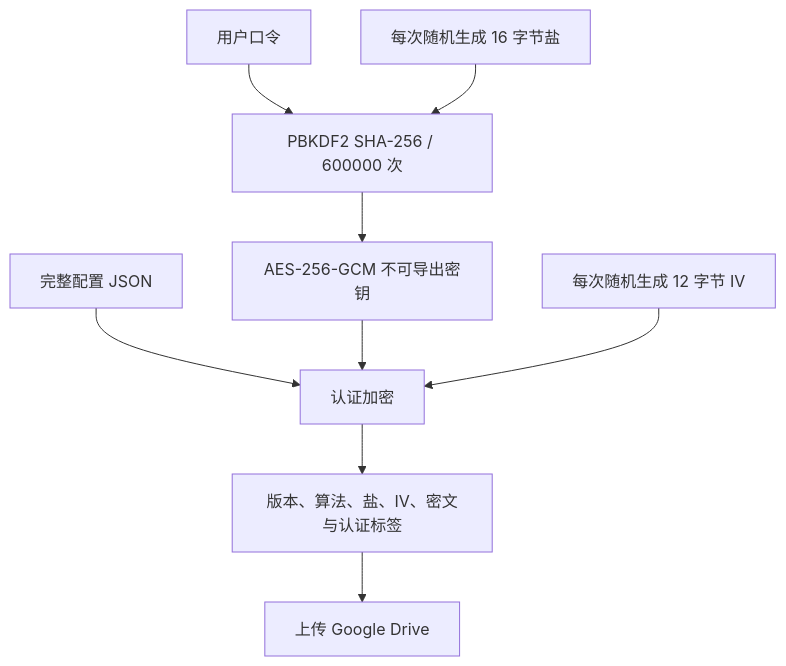
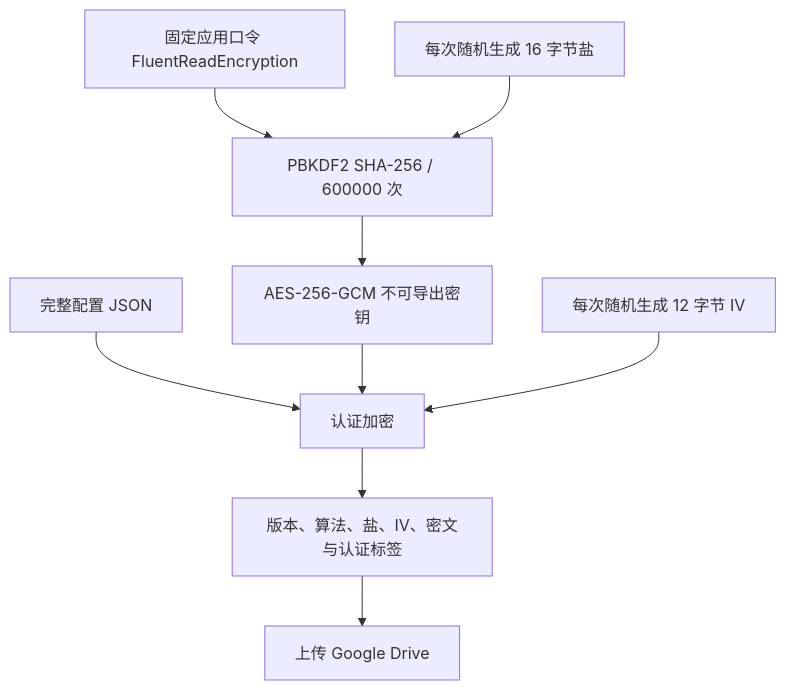
The third of 4 diagrams in docs/maintainers/google-drive-sync-guide.md (ArietidsZ/FluentRead), drawn with Mermaid before and after one commit. The commit also changed other lines of this file and 17 other files, not shown here.

````diff
--- a/docs/maintainers/google-drive-sync-guide.md
+++ b/docs/maintainers/google-drive-sync-guide.md
@@ -89,11 +90,11 @@
 ```mermaid
 flowchart TD
-    P[用户口令] --> K[PBKDF2 SHA-256 / 600000 次]
+    P[固定应用口令 FluentReadEncryption] --> K[PBKDF2 SHA-256 / 600000 次]
     S[每次随机生成 16 字节盐] --> K
     K --> A[AES-256-GCM 不可导出密钥]
     C[完整配置 JSON] --> E[认证加密]
     A --> E
     I[每次随机生成 12 字节 IV] --> E
     E --> F[版本、算法、盐、IV、密文与认证标签]
     F --> D[上传 Google Drive]
 ```
````
